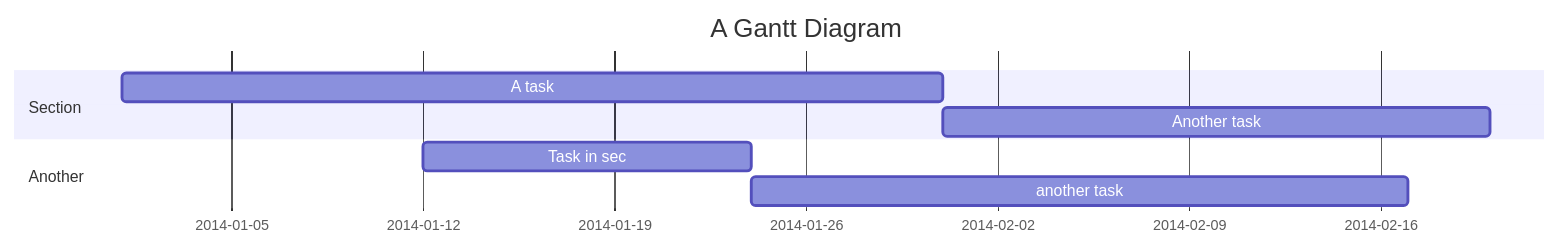
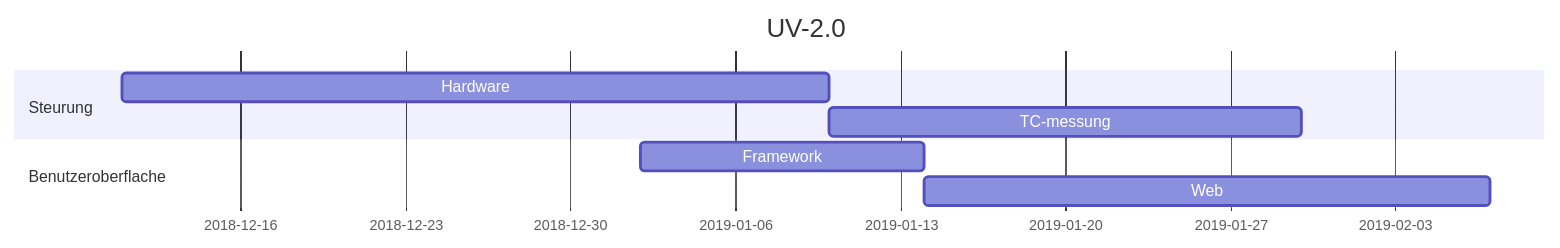
Before and after one commit to gstuetzer/docs: the second of 3 diagrams in docs/src/README.md, drawn with Mermaid. The commit also changed other lines of this file and 4 other files, not shown here.

````diff
--- a/docs/src/README.md
+++ b/docs/src/README.md
@@ -31,11 +31,11 @@
 ```mermaid
 gantt
-    title A Gantt Diagram
+    title UV-2.0
     dateFormat  YYYY-MM-DD
-    section Section
-    A task           :a1, 2014-01-01, 30d
-    Another task     :after a1  , 20d
-    section Another
-    Task in sec      :2014-01-12  , 12d
-    another task      : 24d
+    section Steurung
+    Hardware           :a1, 2018-12-11, 30d
+    TC-messung         :after a1  , 20d
+    section Benutzeroberflache
+    Framework          : 2019-01-02  , 12d
+    Web                : 24d
 ```
````
